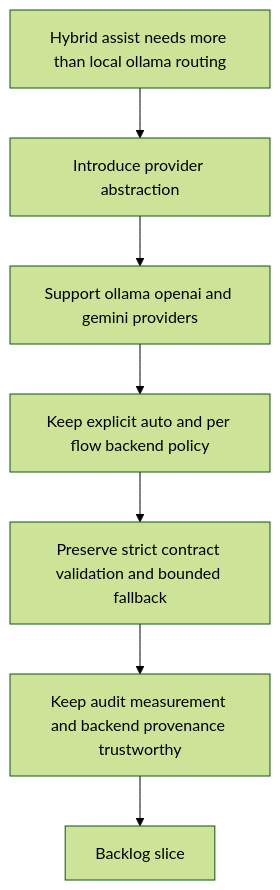
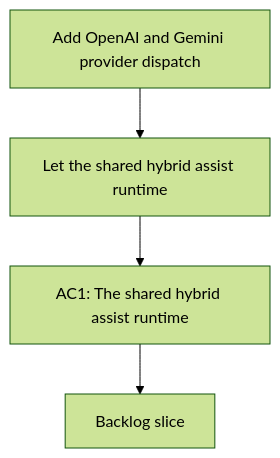
One commit to AlexAgo83/logics-manager changed the diagram in logics/request/req_120_add_openai_and_gemini_provider_dispatch_to_the_hybrid_assist_runtime.md. Above: the diagram before and after it, drawn with Mermaid (forest theme). The commit also changed 481 other files, not shown here.

````diff
--- a/logics/request/req_120_add_openai_and_gemini_provider_dispatch_to_the_hybrid_assist_runtime.md
+++ b/logics/request/req_120_add_openai_and_gemini_provider_dispatch_to_the_hybrid_assist_runtime.md
@@ -68,11 +68,8 @@
 ```mermaid
 %% logics-kind: request
 %% logics-signature: request|add-openai-and-gemini-provider-dispatch-|let-the-shared-hybrid-assist-runtime|ac1-the-shared-hybrid-assist-runtime
 flowchart TD
-    Need[Hybrid assist needs more than local ollama routing] --> Abstraction[Introduce provider abstraction]
-    Abstraction --> Providers[Support ollama openai and gemini providers]
-    Providers --> Policy[Keep explicit auto and per flow backend policy]
-    Policy --> Validation[Preserve strict contract validation and bounded fallback]
-    Validation --> Observability[Keep audit measurement and backend provenance trustworthy]
-    Observability --> Backlog[Backlog slice]
+    Trigger[Add OpenAI and Gemini provider dispatch] --> Need[Let the shared hybrid assist runtime]
+    Need --> Outcome[AC1: The shared hybrid assist runtime]
+    Outcome --> Backlog[Backlog slice]
 ```
````
